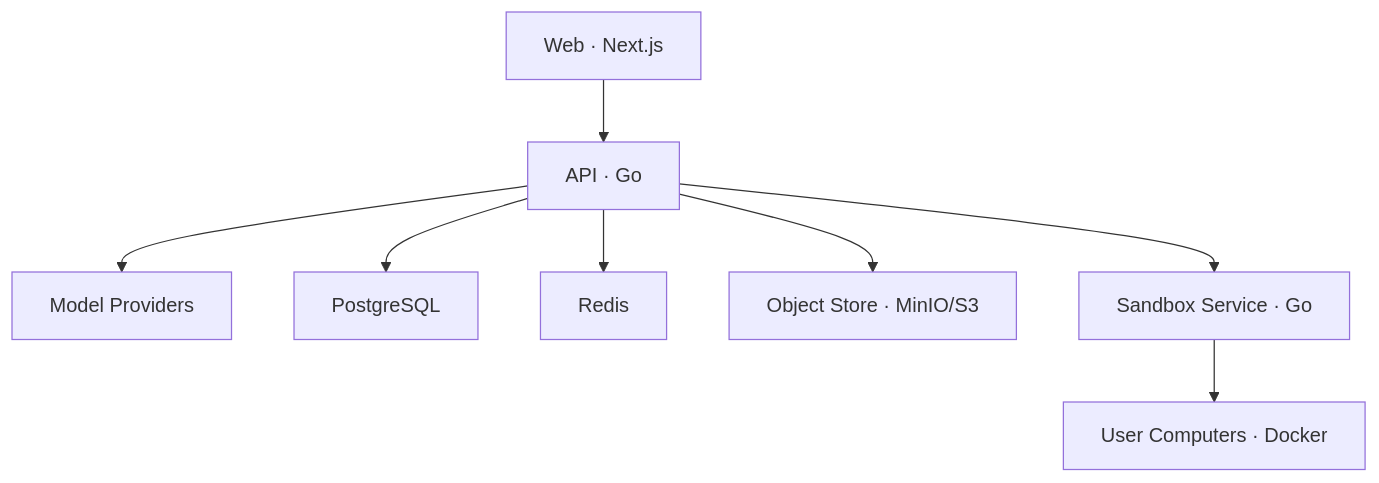
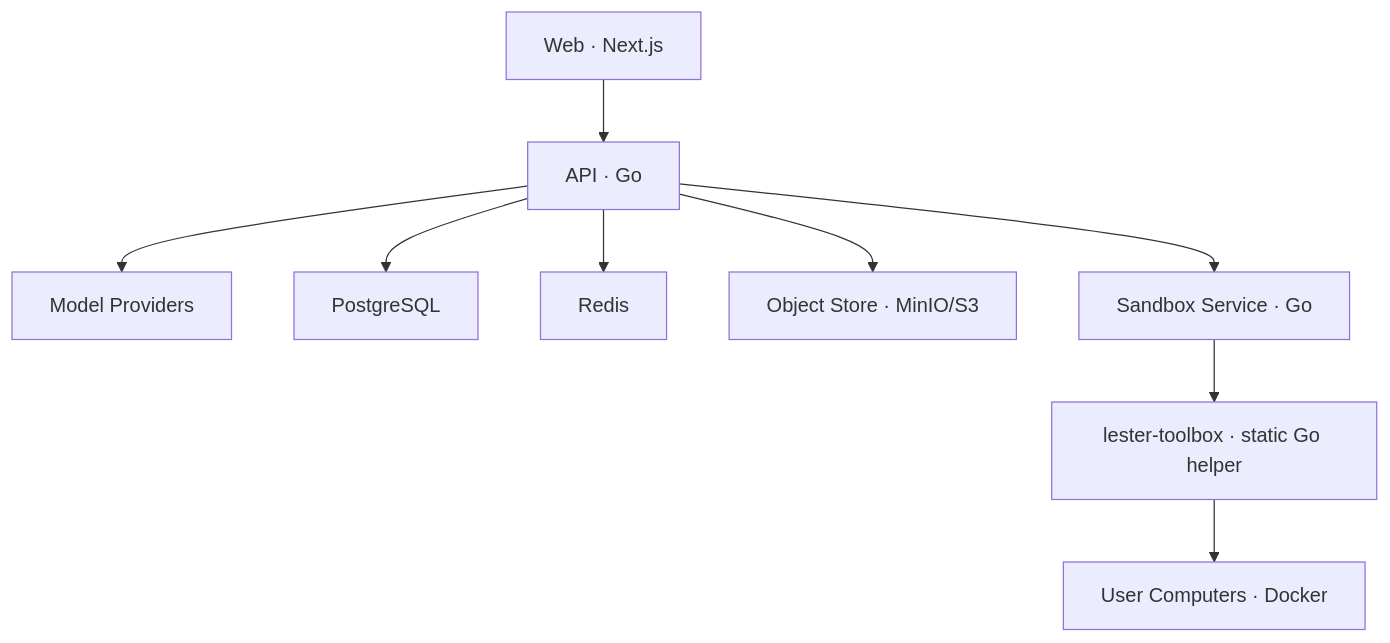
One commit to biubiuqiu/lester-agent changed the diagram in README.md. Above: the diagram before and after it, drawn with Mermaid. The commit also changed other lines of this file and 26 other files, not shown here.

````diff
--- a/README.md
+++ b/README.md
@@ -40,10 +41,11 @@
 ```mermaid
 flowchart TD
     Web["Web · Next.js"] --> API["API · Go"]
     API --> Model["Model Providers"]
     API --> PostgreSQL
     API --> Redis
     API --> MinIO["Object Store · MinIO/S3"]
     API --> Sandbox["Sandbox Service · Go"]
-    Sandbox --> Docker["User Computers · Docker"]
+    Sandbox --> Toolbox["lester-toolbox · static Go helper"]
+    Toolbox --> Docker["User Computers · Docker"]
 ```
````
